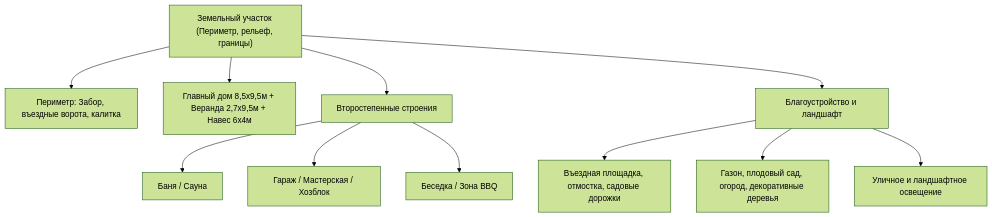
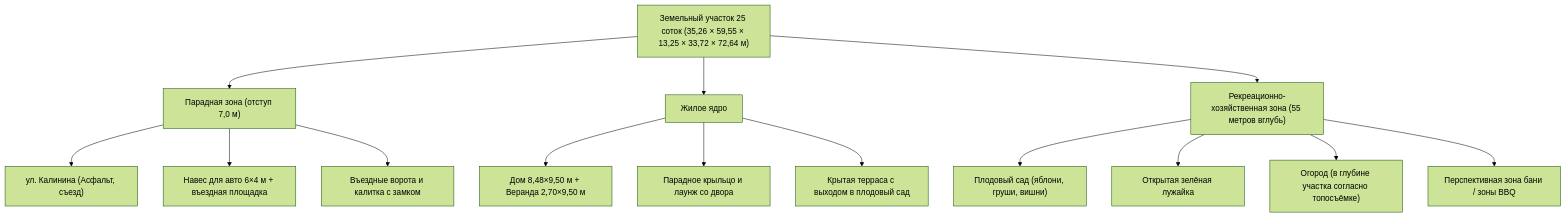
One commit to murashko-force/Wishov changed the second of 2 diagrams in PROJECT_PASSPORT.md. Above: the diagram before and after it, drawn with Mermaid (forest theme). The commit also changed other lines of this file and 2 other files, not shown here.

````diff
--- a/PROJECT_PASSPORT.md
+++ b/PROJECT_PASSPORT.md
@@ -82,13 +136,18 @@
 ```mermaid
 flowchart TD
-    Plot["Земельный участок (Периметр, рельеф, границы)"] --> Fence["Периметр: Забор, въездные ворота, калитка"]
-    Plot --> MainHouse["Главный дом 8,5х9,5м + Веранда 2,7х9,5м + Навес 6х4м"]
-    Plot --> Outbuildings["Второстепенные строения"]
-    Outbuildings --> Bathhouse["Баня / Сауна"]
-    Outbuildings --> Garage["Гараж / Мастерская / Хозблок"]
-    Outbuildings --> Gazebo["Беседка / Зона BBQ"]
-    Plot --> Landscape["Благоустройство и ландшафт"]
-    Landscape --> Paving["Въездная площадка, отмостка, садовые дорожки"]
-    Landscape --> Greenery["Газон, плодовый сад, огород, декоративные деревья"]
-    Landscape --> Lighting["Уличное и ландшафтное освещение"]
+    Plot["Земельный участок 25 соток (35,26 × 59,55 × 13,25 × 33,72 × 72,64 м)"] --> Front["Парадная зона (отступ 7,0 м)"]
+    Front --> Road["ул. Калинина (Асфальт, съезд)"]
+    Front --> Carport["Навес для авто 6×4 м + въездная площадка"]
+    Front --> Gate["Въездные ворота и калитка с замком"]
+    
+    Plot --> Core["Жилое ядро"]
+    Core --> House["Дом 8,48×9,50 м + Веранда 2,70×9,50 м"]
+    Core --> TerraceYard["Парадное крыльцо и лаунж со двора"]
+    Core --> TerraceGarden["Крытая терраса с выходом в плодовый сад"]
+    
+    Plot --> Rear["Рекреационно-хозяйственная зона (55 метров вглубь)"]
+    Rear --> Orchard["Плодовый сад (яблони, груши, вишни)"]
+    Rear --> Lawn["Открытая зелёная лужайка"]
+    Rear --> Farm["Огород (в глубине участка согласно топосъёмке)"]
+    Rear --> Bath["Перспективная зона бани / зоны BBQ"]
 ```
````
